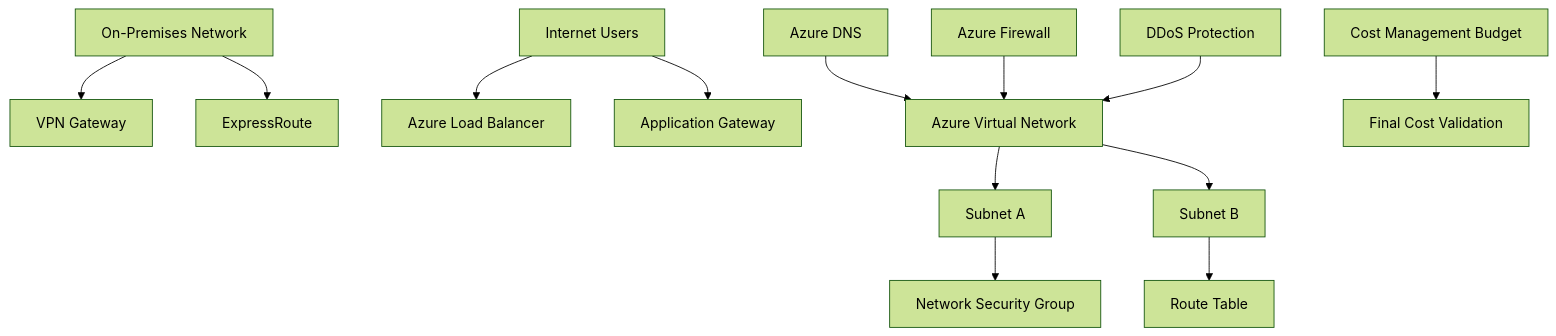
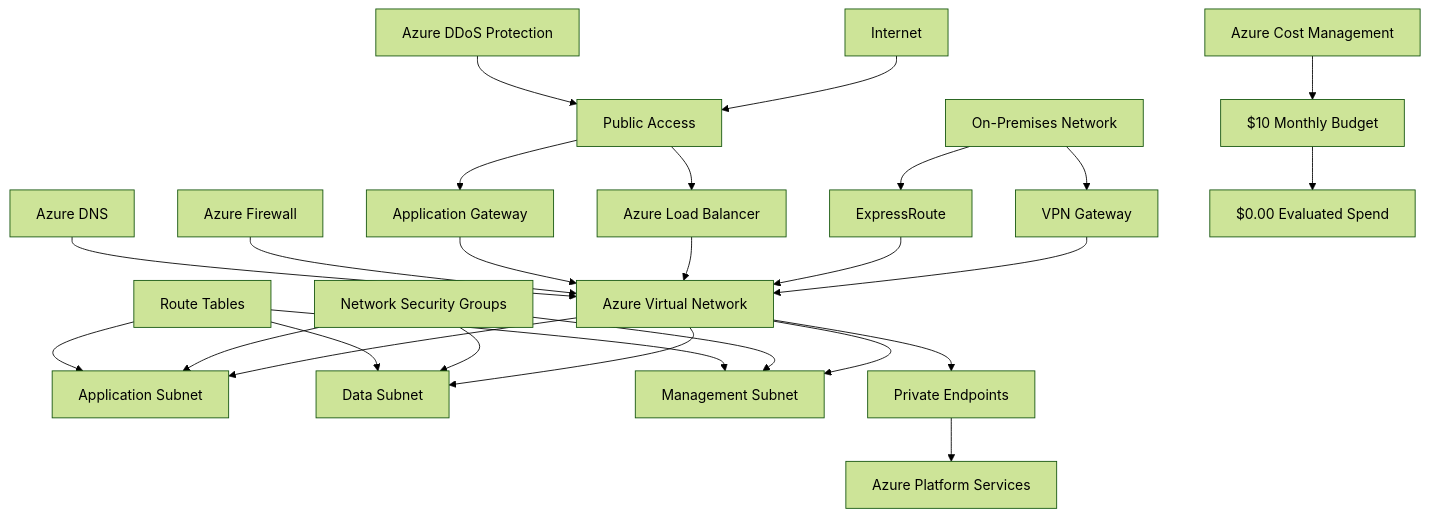
The diagram in labs/lab-06-azure-networking-foundation/README.md (mattallen-it/mrtg-az900-the-bridge), drawn with Mermaid (forest theme) before and after one commit. The commit also changed other lines of this file, not shown here.

````diff
--- a/labs/lab-06-azure-networking-foundation/README.md
+++ b/labs/lab-06-azure-networking-foundation/README.md
@@ -127,20 +337,36 @@
 ```mermaid
 flowchart TD
+    Internet[Internet] --> PublicIP[Public Access]
     OnPrem[On-Premises Network] --> VPN[VPN Gateway]
     OnPrem --> ER[ExpressRoute]
 
-    Internet[Internet Users] --> LB[Azure Load Balancer]
-    Internet --> AG[Application Gateway]
+    PublicIP --> LB[Azure Load Balancer]
+    PublicIP --> AG[Application Gateway]
 
-    VNet[Azure Virtual Network] --> SubnetA[Subnet A]
-    VNet --> SubnetB[Subnet B]
+    VPN --> VNet[Azure Virtual Network]
+    ER --> VNet
+    LB --> VNet
+    AG --> VNet
 
-    SubnetA --> NSG[Network Security Group]
-    SubnetB --> RT[Route Table]
+    VNet --> SubnetA[Application Subnet]
+    VNet --> SubnetB[Data Subnet]
+    VNet --> SubnetC[Management Subnet]
 
+    NSG[Network Security Groups] --> SubnetA
+    NSG --> SubnetB
+    NSG --> SubnetC
+
+    RT[Route Tables] --> SubnetA
+    RT --> SubnetB
+    RT --> SubnetC
+
+    Firewall[Azure Firewall] --> VNet
+    DDoS[Azure DDoS Protection] --> PublicIP
     DNS[Azure DNS] --> VNet
-    Firewall[Azure Firewall] --> VNet
-    DDoS[DDoS Protection] --> VNet
 
-    Cost[Cost Management Budget] --> Validation[Final Cost Validation]
+    VNet --> PrivateEndpoints[Private Endpoints]
+    PrivateEndpoints --> AzureServices[Azure Platform Services]
+
+    Cost[Azure Cost Management] --> Budget[$10 Monthly Budget]
+    Budget --> Validation[$0.00 Evaluated Spend]
 ```
````
